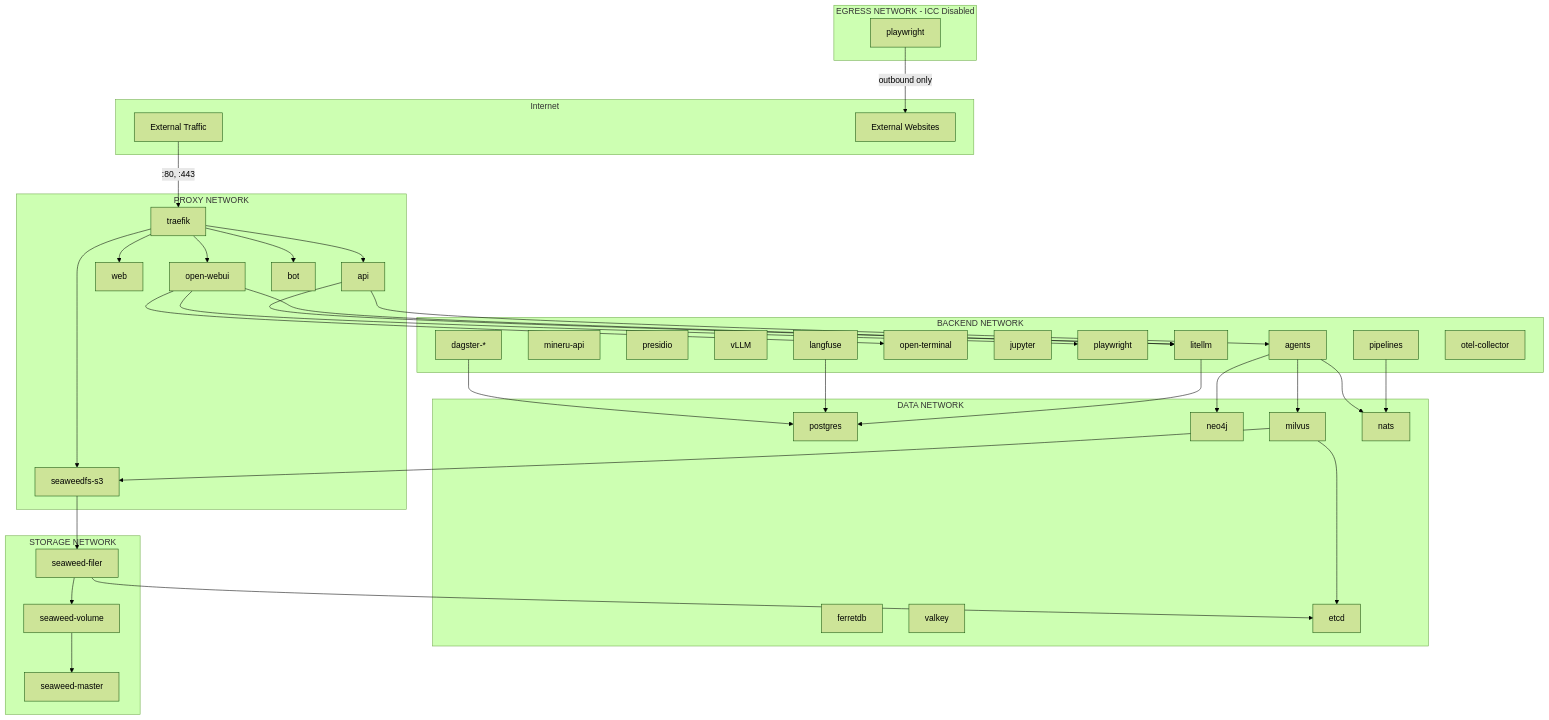
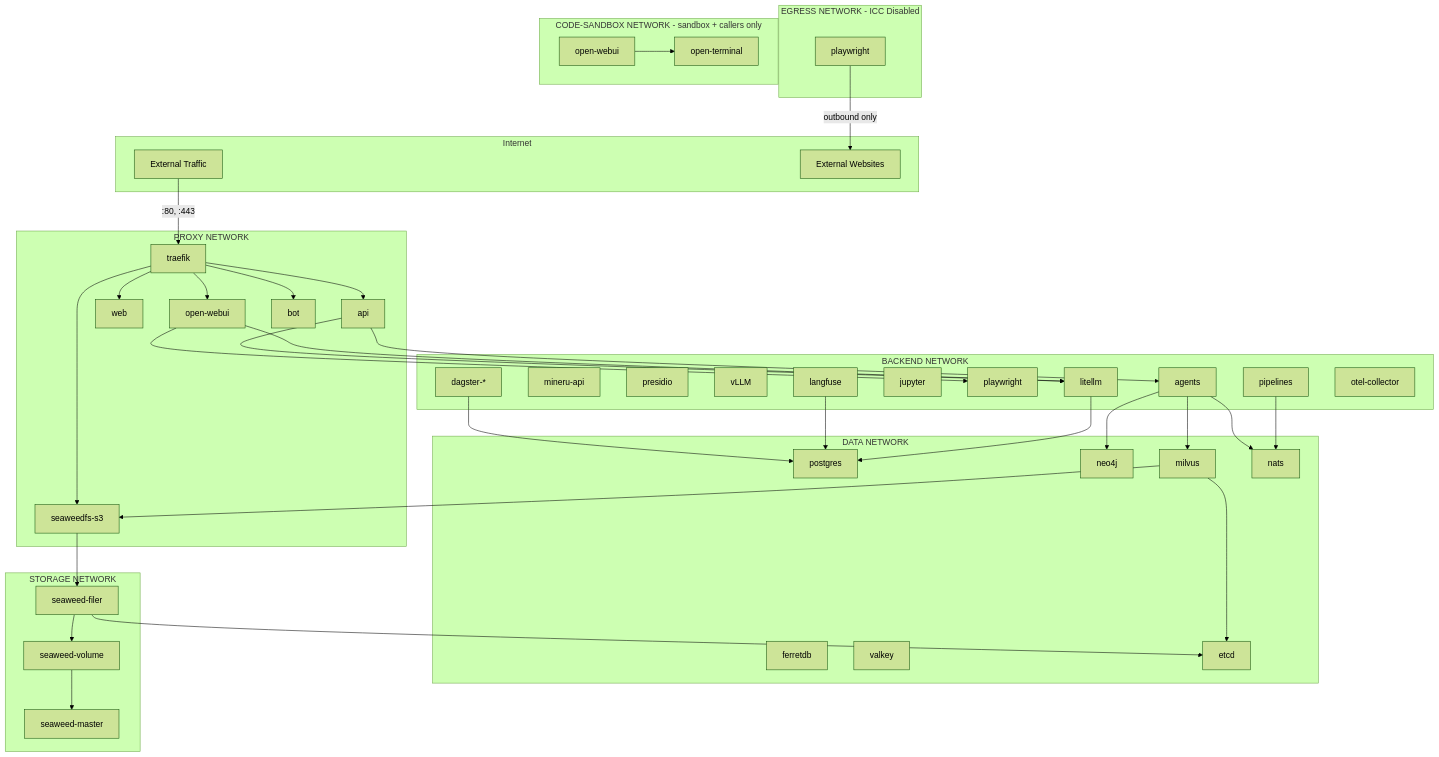
One commit to bbvch-ai/aihub-core changed the diagram in docs/docs/2_platform/2_architecture/4_network_isolation/index.en.md. Above: the diagram before and after it, drawn with Mermaid (forest theme). The commit also changed other lines of this file and 18 other files, not shown here.

First line of the commit message:
feat(deploy): Isolate open-terminal in dedicated code-sandbox network

```diff
--- a/docs/docs/2_platform/2_architecture/4_network_isolation/index.en.md
+++ b/docs/docs/2_platform/2_architecture/4_network_isolation/index.en.md
@@ -117,7 +136,6 @@
         presidio[presidio]
         vllm[vLLM]
         agents[agents]
-        open-terminal[open-terminal]
         jupyter[jupyter]
         playwright[playwright]
         dagster[dagster-*]
@@ -128,6 +146,11 @@
 
     subgraph egress[EGRESS NETWORK - ICC Disabled]
         playwright_egress[playwright]
+    end
+
+    subgraph code-sandbox[CODE-SANDBOX NETWORK - sandbox + callers only]
+        open-terminal[open-terminal]
+        openwebui_cs[open-webui]
     end
 
     subgraph data[DATA NETWORK]
@@ -156,7 +179,7 @@
     api --> litellm
     api --> agents
     openwebui --> litellm
-    openwebui --> open-terminal
+    openwebui_cs --> open-terminal
     openwebui --> playwright
     agents --> nats
     agents --> milvus
```
